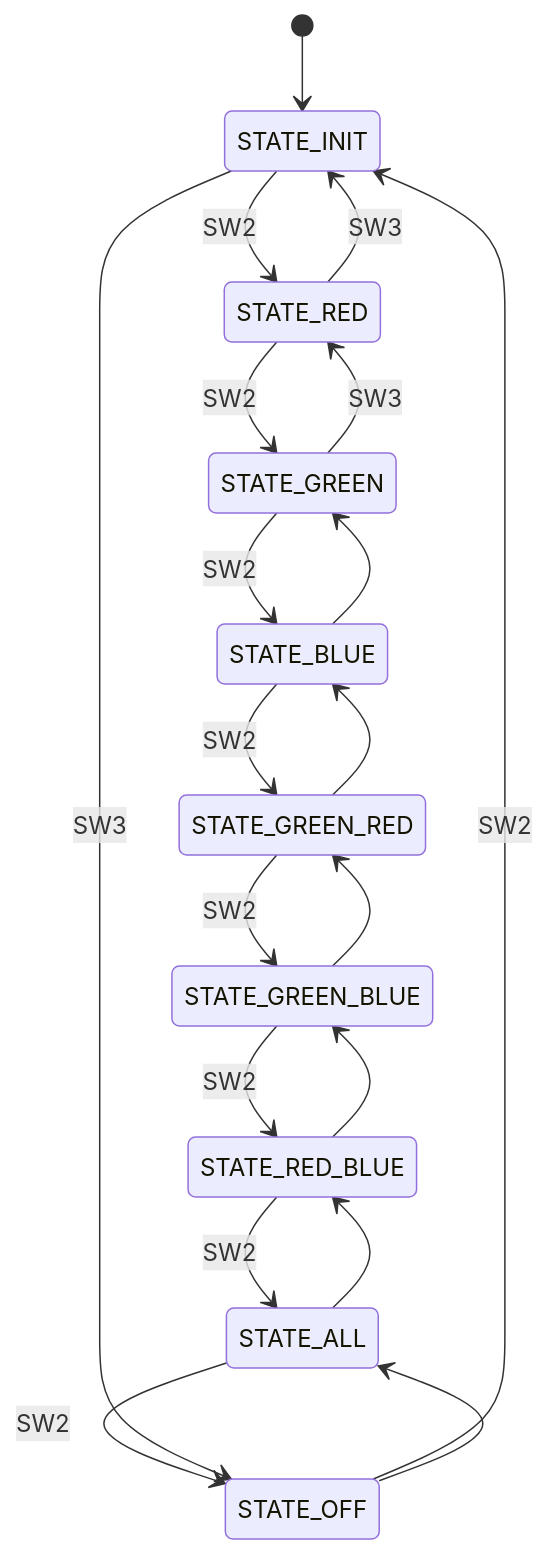
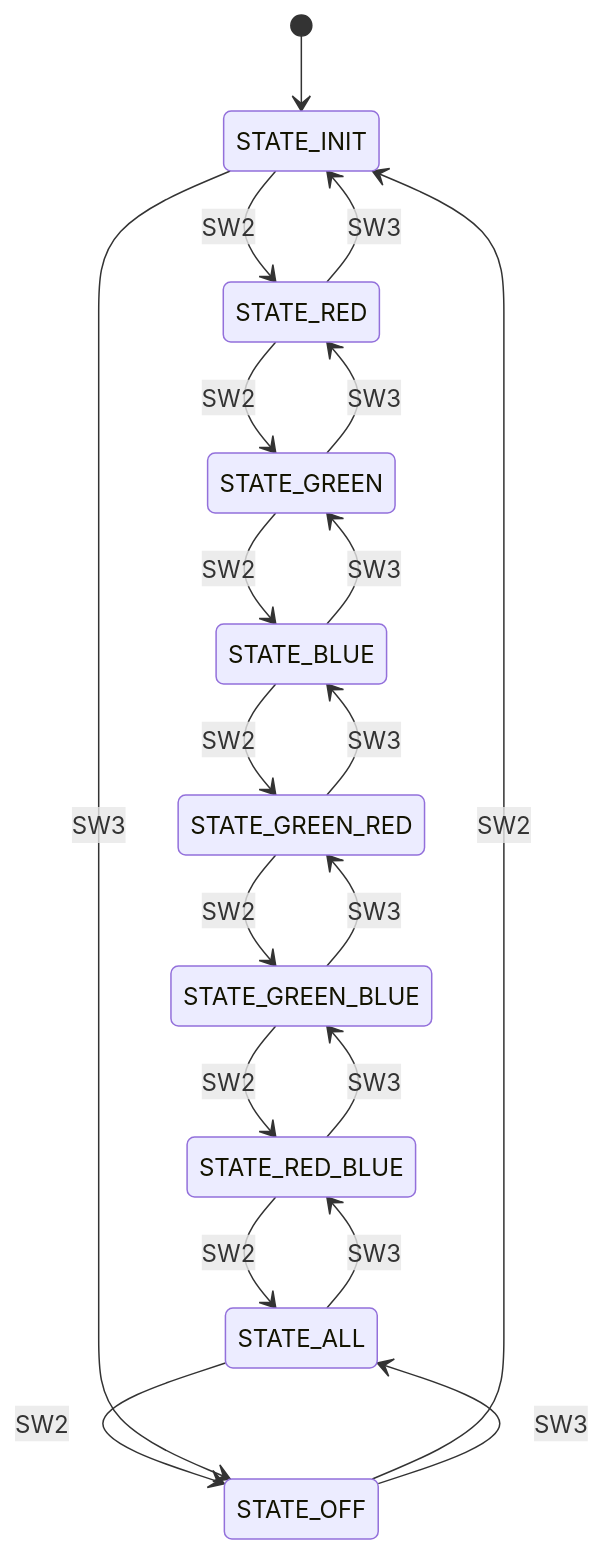
Before and after one commit to AngelMzno/iodraw-files: the diagram in all/Mapa de Estado.md, drawn with Mermaid.

Commit message:
2024-09-03 19:56:32 update

````diff
--- a/all/Mapa de Estado.md
+++ b/all/Mapa de Estado.md
@@ -1,26 +1,26 @@
 ```mermaid
 stateDiagram-v2 
 [*]-->STATE_INIT 
 STATE_INIT -->  STATE_RED :SW2
 STATE_RED --> STATE_GREEN:SW2
 STATE_GREEN-->STATE_BLUE:SW2
 STATE_BLUE -->STATE_GREEN_RED:SW2
 STATE_GREEN_RED -->STATE_GREEN_BLUE:SW2
 STATE_GREEN_BLUE-->STATE_RED_BLUE:SW2
 STATE_RED_BLUE-->STATE_ALL:SW2
 STATE_ALL-->STATE_OFF:SW2
 STATE_OFF-->STATE_INIT:SW2
 
 STATE_INIT --> STATE_OFF:SW3
 STATE_RED --> STATE_INIT:SW3
 STATE_GREEN-->STATE_RED:SW3
-STATE_BLUE -->STATE_GREEN
-STATE_GREEN_RED -->STATE_BLUE
-STATE_GREEN_BLUE-->STATE_GREEN_RED
-STATE_RED_BLUE-->STATE_GREEN_BLUE
-STATE_ALL-->STATE_RED_BLUE
-STATE_OFF-->STATE_ALL
+STATE_BLUE -->STATE_GREEN:SW3
+STATE_GREEN_RED -->STATE_BLUE:SW3
+STATE_GREEN_BLUE-->STATE_GREEN_RED:SW3
+STATE_RED_BLUE-->STATE_GREEN_BLUE:SW3
+STATE_ALL-->STATE_RED_BLUE:SW3
+STATE_OFF-->STATE_ALL:SW3
 
 
 
 ```
````
